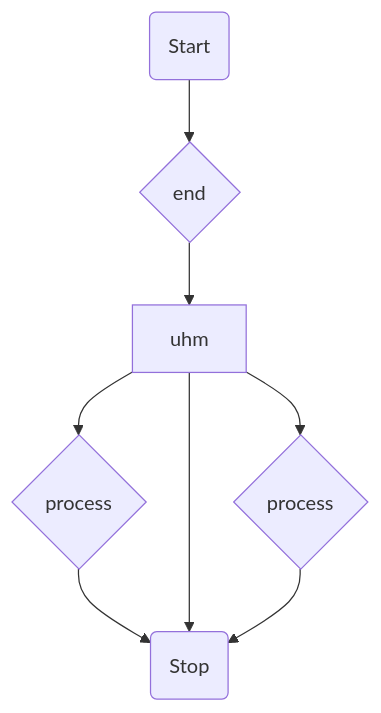
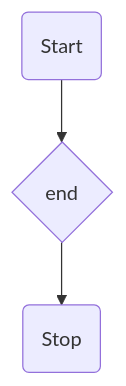
One commit to paragon1006/Obsidian_git changed the first of 2 diagrams in School studies/CS/Flowcharts.md. Above: the diagram before and after it, drawn with Mermaid. The commit also changed other lines of this file and 29 other files, not shown here.

````diff
--- a/School studies/CS/Flowcharts.md
+++ b/School studies/CS/Flowcharts.md
@@ -5,6 +1,4 @@
 ```mermaid  
 flowchart TB
-	id4 --> id5{process} --> id3(Stop)
-	id1(Start) --> id2{end} --> id4[uhm] --> id3(Stop)
-	id4 --> id{process} --> id3(Stop)
+	id1(Start) --> id2{end} --> id3(Stop)
 ```
````
